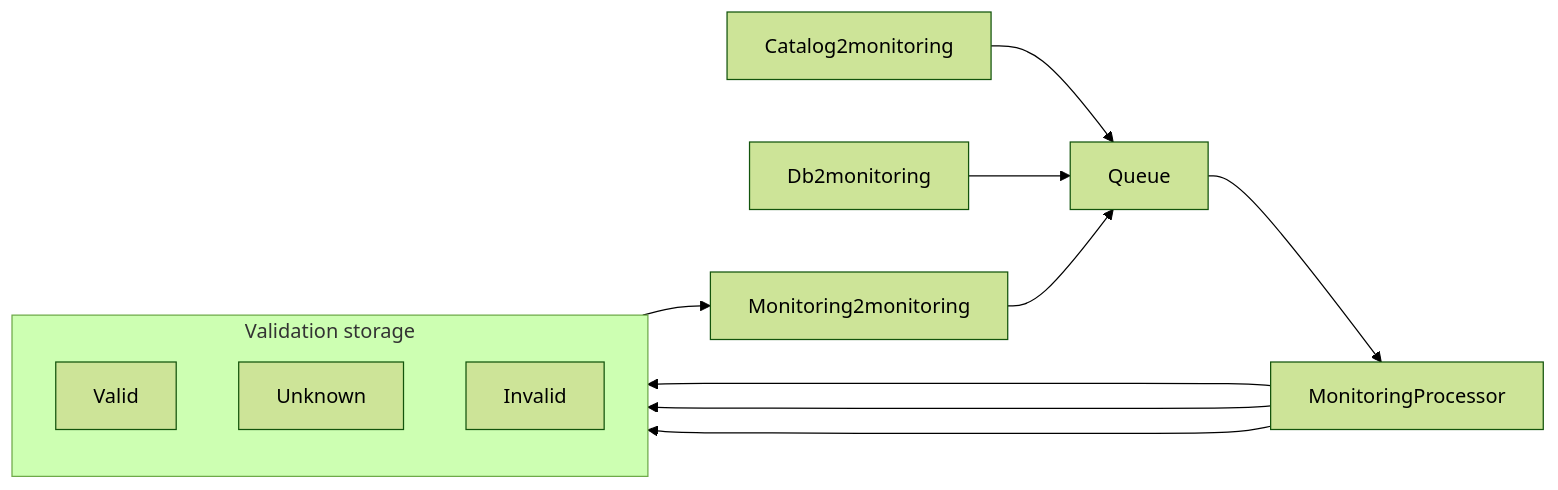
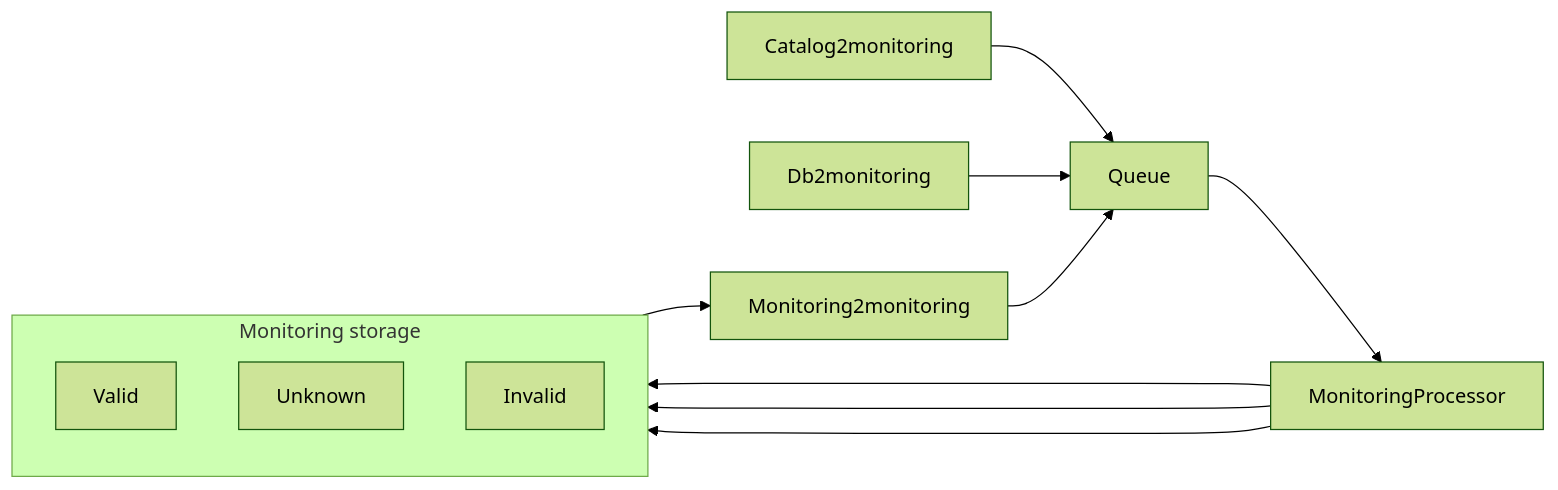
One commit to NuGet/NuGetGallery changed the second of 2 diagrams in src/Ng/readme.md. Above: the diagram before and after it, drawn with Mermaid (forest theme).

Commit message:
Rename subgraph from ValSt to MonSt in readme

````diff
--- a/src/Ng/readme.md
+++ b/src/Ng/readme.md
@@ -33,21 +33,21 @@
 ```mermaid
 graph LR;
 
 c2m[Catalog2monitoring] --> Queue
 d2m[Db2monitoring] --> Queue
 m2m[Monitoring2monitoring] --> Queue
 
 Queue --> mp[MonitoringProcessor]
 
-subgraph ValSt[Validation storage]
+subgraph MonSt[Monitoring storage]
     direction TB;
     Valid;
     Unknown;
     Invalid;
 end
 
 Invalid --> m2m
 mp --> Valid
 mp --> Unknown
 mp --> Invalid
 ```
````
